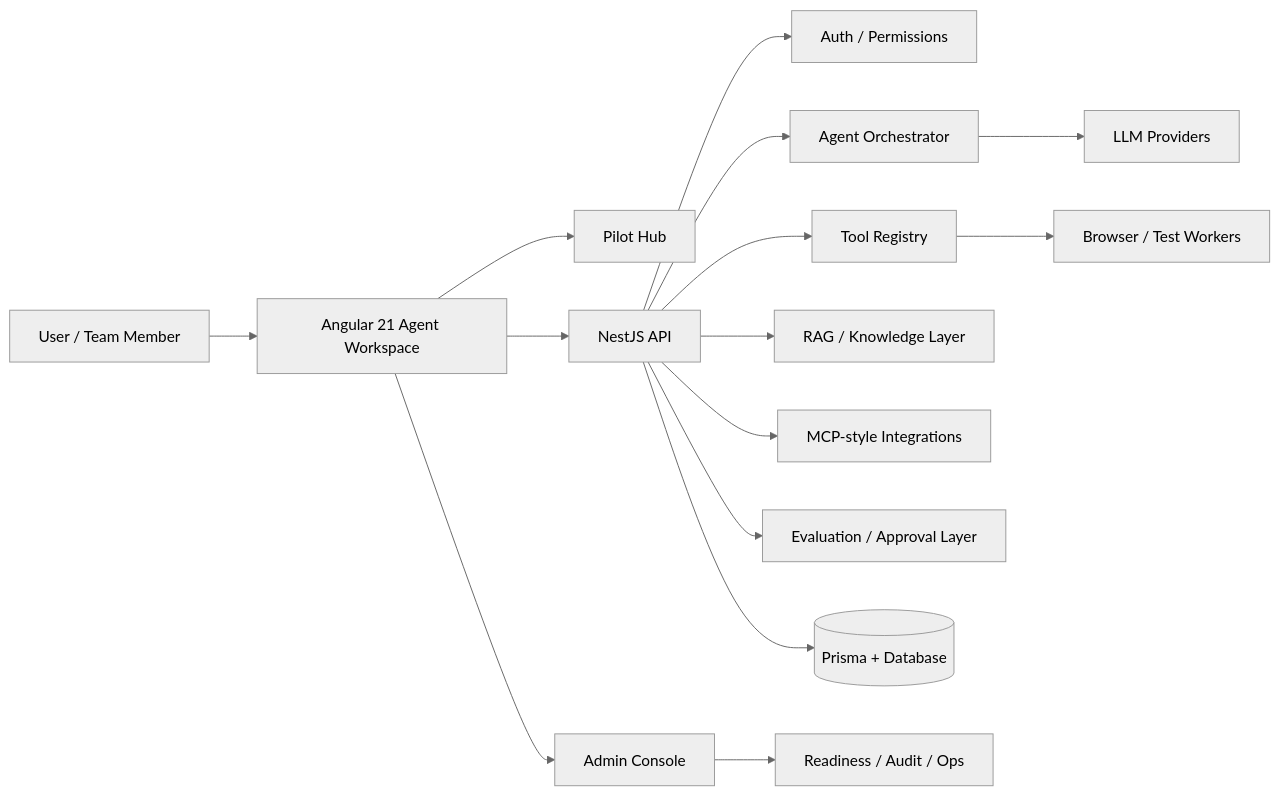
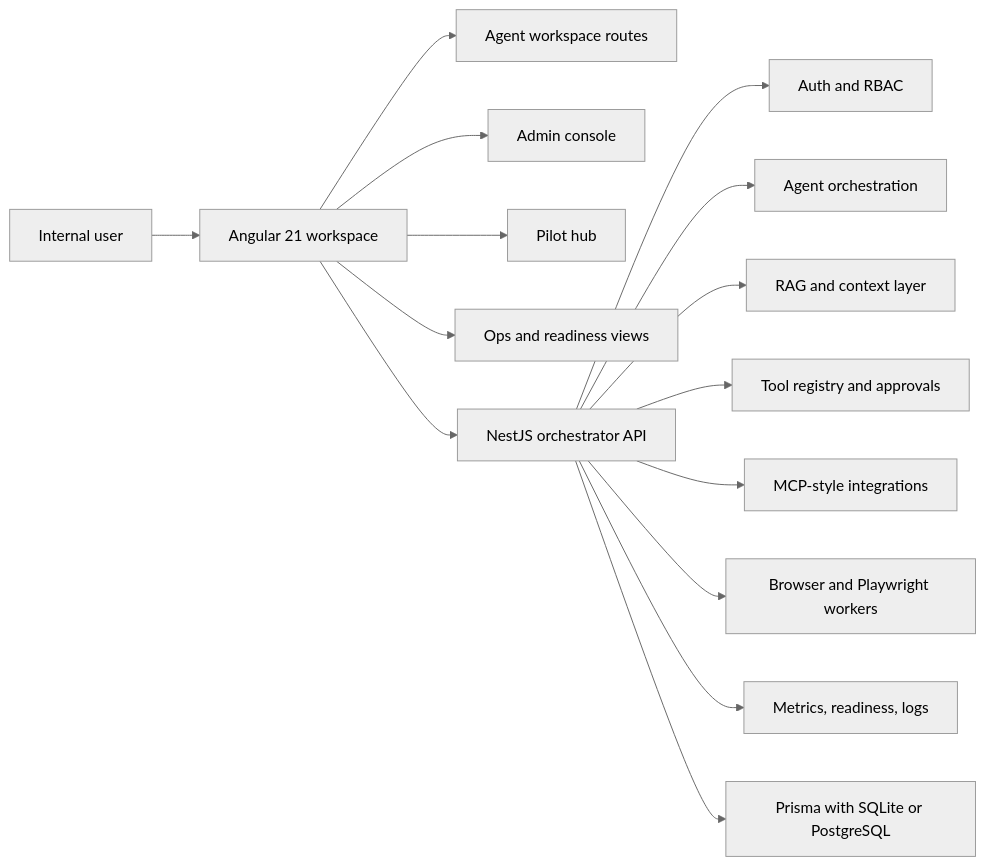
The diagram in README.md (AnkitParekh007/bluemeteor-ai-force), drawn with Mermaid (neutral theme) before and after one commit. The commit also changed other lines of this file and 21 other files, not shown here.

Commit message:
Polish enterprise AI workspace architecture repo

````diff
--- a/README.md
+++ b/README.md
@@ -154,21 +35,18 @@
 ```mermaid
 flowchart LR
-    User[User / Team Member] --> Angular[Angular 21 Agent Workspace]
+    User["Internal user"] --> Frontend["Angular 21 workspace"]
+    Frontend --> Agents["Agent workspace routes"]
+    Frontend --> Admin["Admin console"]
+    Frontend --> Pilot["Pilot hub"]
+    Frontend --> Ops["Ops and readiness views"]
+    Frontend --> Api["NestJS orchestrator API"]
 
-    Angular --> Pilot[Pilot Hub]
-    Angular --> Admin[Admin Console]
-    Angular --> API[NestJS API]
-
-    API --> Auth[Auth / Permissions]
-    API --> Agent[Agent Orchestrator]
-    API --> Tools[Tool Registry]
-    API --> RAG[RAG / Knowledge Layer]
-    API --> MCP[MCP-style Integrations]
-    API --> Eval[Evaluation / Approval Layer]
-
-    Agent --> LLM[LLM Providers]
-    Tools --> Browser[Browser / Test Workers]
-    API --> DB[(Prisma + Database)]
-
-    Admin --> Ops[Readiness / Audit / Ops]
+    Api --> Auth["Auth and RBAC"]
+    Api --> Orchestrator["Agent orchestration"]
+    Api --> RAG["RAG and context layer"]
+    Api --> Tools["Tool registry and approvals"]
+    Api --> MCP["MCP-style integrations"]
+    Api --> Browser["Browser and Playwright workers"]
+    Api --> Observability["Metrics, readiness, logs"]
+    Api --> Data["Prisma with SQLite or PostgreSQL"]
 ```
````
